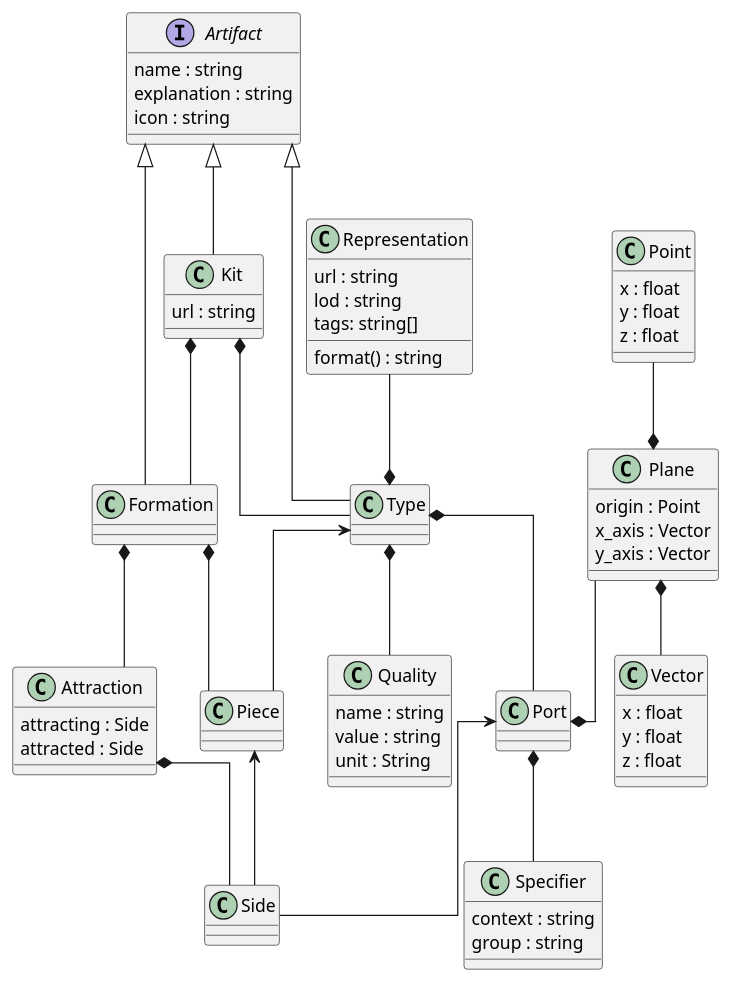
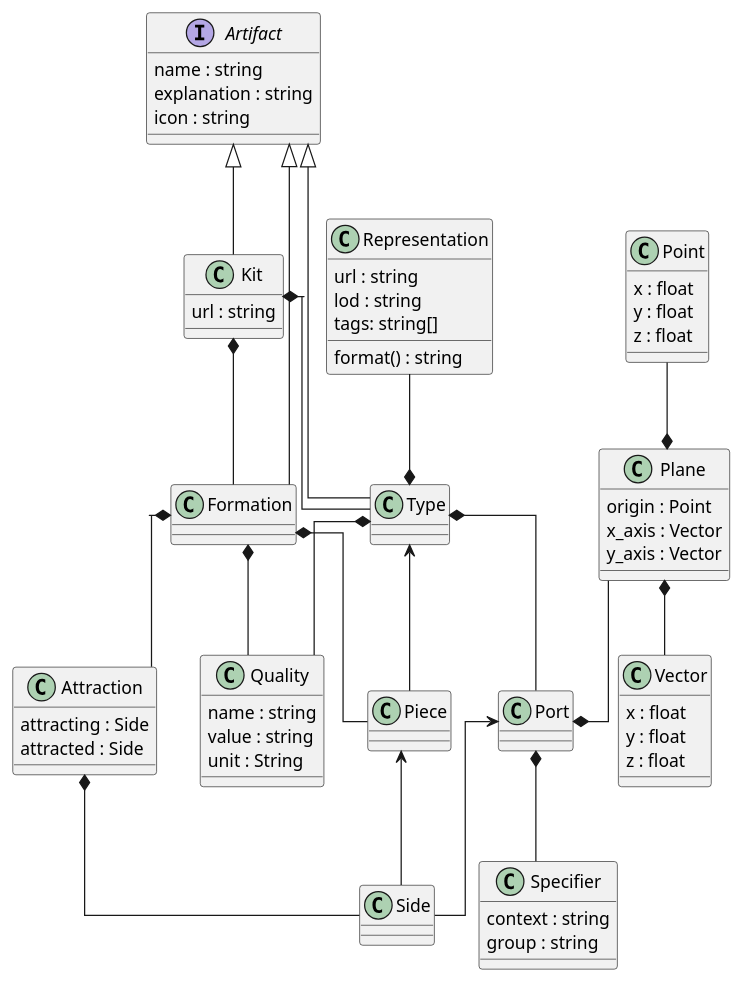
Before and after one commit to usalu/semio: the diagram in docs/softwarequality/softwarearchitecture/softwarearchitecture.pu, drawn with PlantUML. The commit also changed 5 other files, not shown here.

```diff
--- a/docs/softwarequality/softwarearchitecture/softwarearchitecture.pu
+++ b/docs/softwarequality/softwarearchitecture/softwarearchitecture.pu
@@ -1,92 +1,93 @@
 @startuml "data architecture"
 skinparam linetype ortho
 
 interface Artifact {
     name : string
     explanation : string
     icon : string
 }
 
 class Kit {
     url : string
 }
 
 class Type {
 }
 
 class Representation{
     url : string
     lod : string
     tags: string[]
     format() : string
 }
 
 class Point {
     x : float
     y : float
     z : float
 }
 
 class Vector {
     x : float
     y : float
     z : float
 }
 
 class Plane {
     origin : Point
     x_axis : Vector
     y_axis : Vector
 }
 
 class Port {
 }
 
 class Quality {
     name : string
     value : string
     unit : String
 }
 
 class Specifier {
     context : string
     group : string
 }
 
 class Piece{
 }
 
 class Attraction {
     attracting : Side
     attracted : Side
 }
 
 class Side {
 }
 
 class Formation {
 }
 
 
 Kit *-- Type
 Kit *-- Formation
 Representation --* Type
 Type *-- Port
 Type *-- Quality
 Formation *-- Piece
 Formation *-- Attraction
+Formation *-- Quality
 Attraction *-- Side
 Port *--  Specifier
 Plane --* Port
 Point --*  Plane
 Plane *-- Vector
 Type <-- Piece
 Piece <-- Side
 Port <-- Side
 
 Artifact <|-- Kit
 Artifact <|-- Type
 Artifact <|-- Formation
 
 
 @enduml
```
